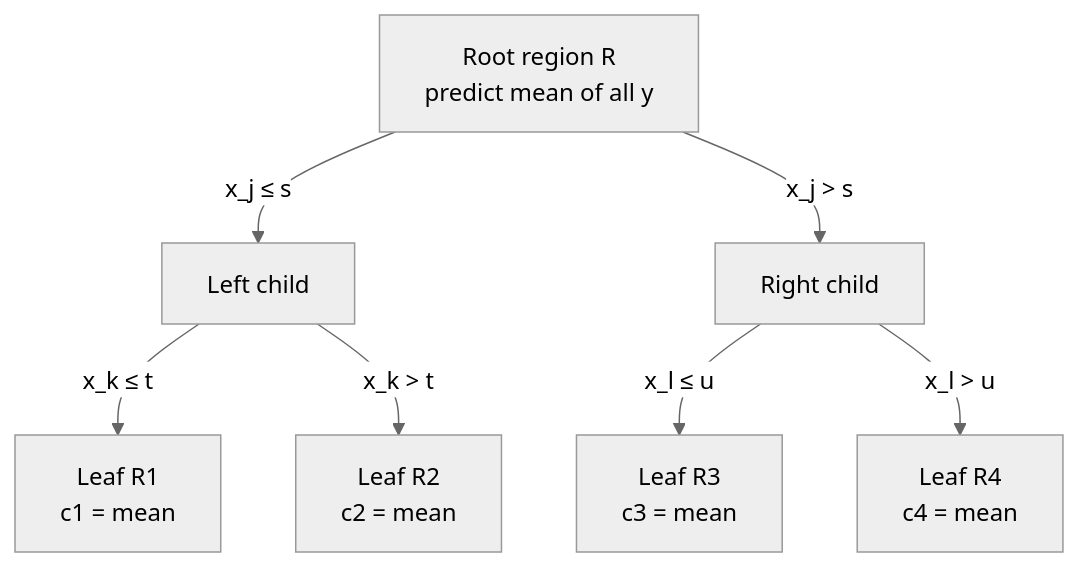
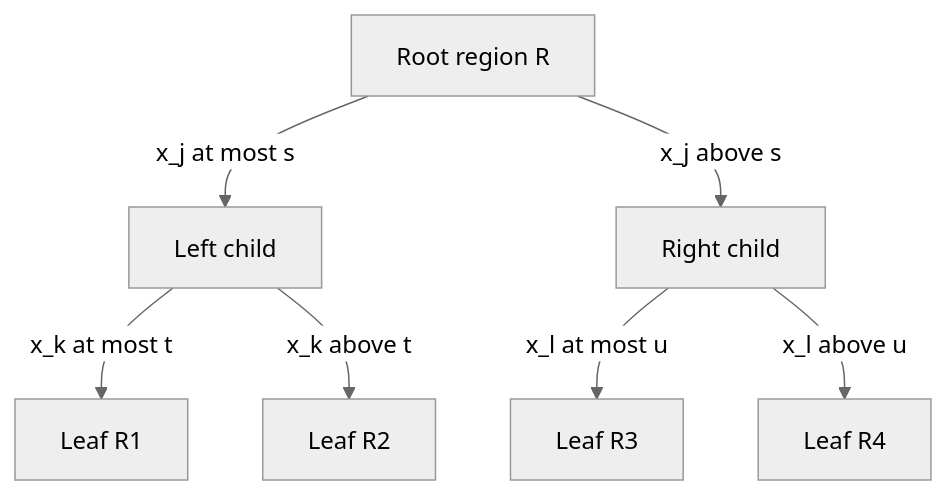
Before and after one commit to mikenguyen13/ai_in_action: the diagram in 099-regression-trees.qmd, drawn with Mermaid (neutral theme). The commit also changed other lines of this file and 52 other files, not shown here.

Commit message:
Fix Mermaid rendering in 22 chapters: remove ampersands and br tags from node labels, move detail to tables

````diff
--- a/099-regression-trees.qmd
+++ b/099-regression-trees.qmd
@@ -35,9 +35,9 @@
 ```{mermaid}
 flowchart TD
-    A["Root region R<br/>predict mean of all y"] -->|"x_j &le; s"| B["Left child"]
-    A -->|"x_j &gt; s"| C["Right child"]
-    B -->|"x_k &le; t"| D["Leaf R1<br/>c1 = mean"]
-    B -->|"x_k &gt; t"| E["Leaf R2<br/>c2 = mean"]
-    C -->|"x_l &le; u"| F["Leaf R3<br/>c3 = mean"]
-    C -->|"x_l &gt; u"| G["Leaf R4<br/>c4 = mean"]
+    A["Root region R"] -->|"x_j at most s"| B["Left child"]
+    A -->|"x_j above s"| C["Right child"]
+    B -->|"x_k at most t"| D["Leaf R1"]
+    B -->|"x_k above t"| E["Leaf R2"]
+    C -->|"x_l at most u"| F["Leaf R3"]
+    C -->|"x_l above u"| G["Leaf R4"]
 ```
````
